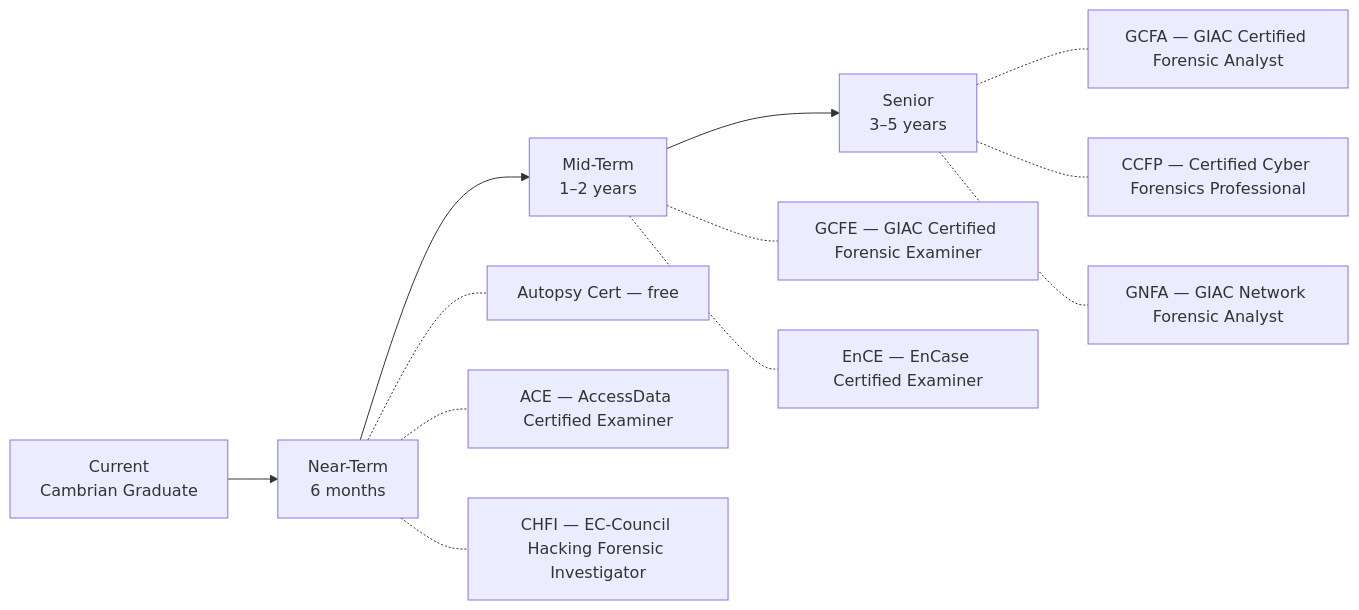
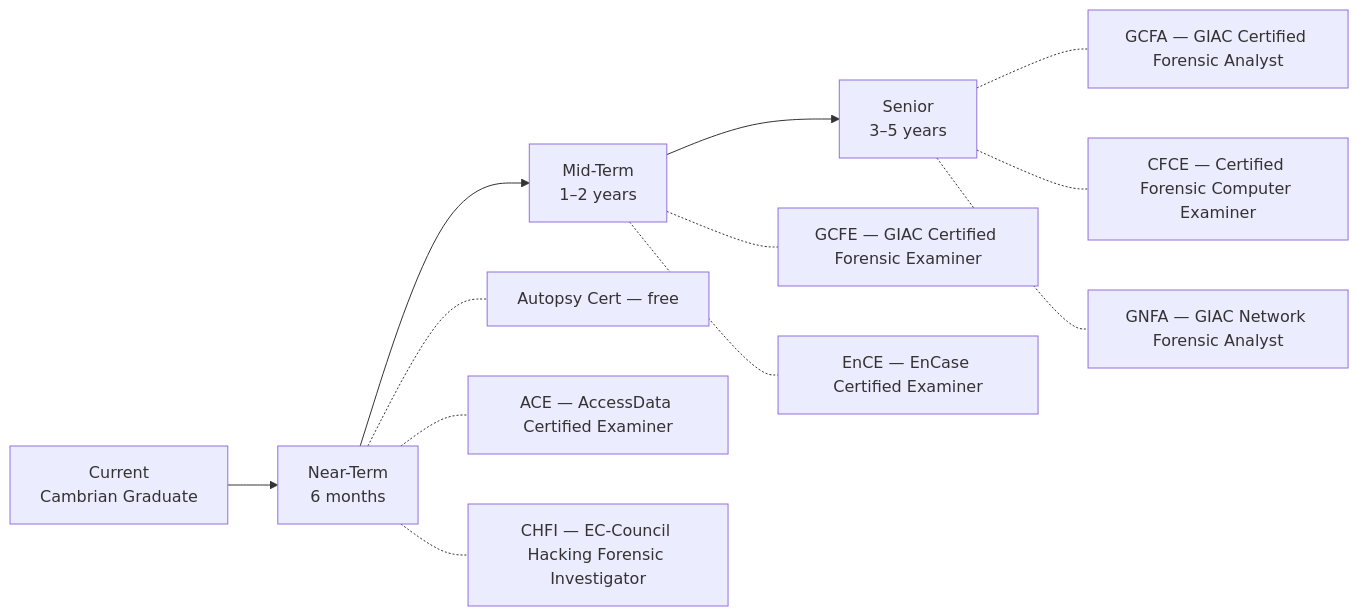
Before and after one commit to RossMora-Pilots/IT-Security-Forensics-CSC-7310: the second of 2 diagrams in CC/Winter 2025/IT Security Forensics - Maryam Ahmed - CSC-7310/LEARNING_REFLECTION.md, drawn with Mermaid. The commit also changed other lines of this file and 14 other files, not shown here.

````diff
--- a/CC/Winter 2025/IT Security Forensics - Maryam Ahmed - CSC-7310/LEARNING_REFLECTION.md
+++ b/CC/Winter 2025/IT Security Forensics - Maryam Ahmed - CSC-7310/LEARNING_REFLECTION.md
@@ -156,15 +156,15 @@
 ```mermaid
 flowchart LR
     A[Current<br/>Cambrian Graduate] --> B[Near-Term<br/>6 months]
     B --> C[Mid-Term<br/>1–2 years]
     C --> D[Senior<br/>3–5 years]
 
     B -.- B1[Autopsy Cert — free]
     B -.- B2[ACE — AccessData Certified Examiner]
     B -.- B3[CHFI — EC-Council Hacking Forensic Investigator]
     C -.- C1[GCFE — GIAC Certified Forensic Examiner]
     C -.- C2[EnCE — EnCase Certified Examiner]
     D -.- D1[GCFA — GIAC Certified Forensic Analyst]
-    D -.- D2[CCFP — Certified Cyber Forensics Professional]
+    D -.- D2[CFCE — Certified Forensic Computer Examiner]
     D -.- D3[GNFA — GIAC Network Forensic Analyst]
 ```
````
